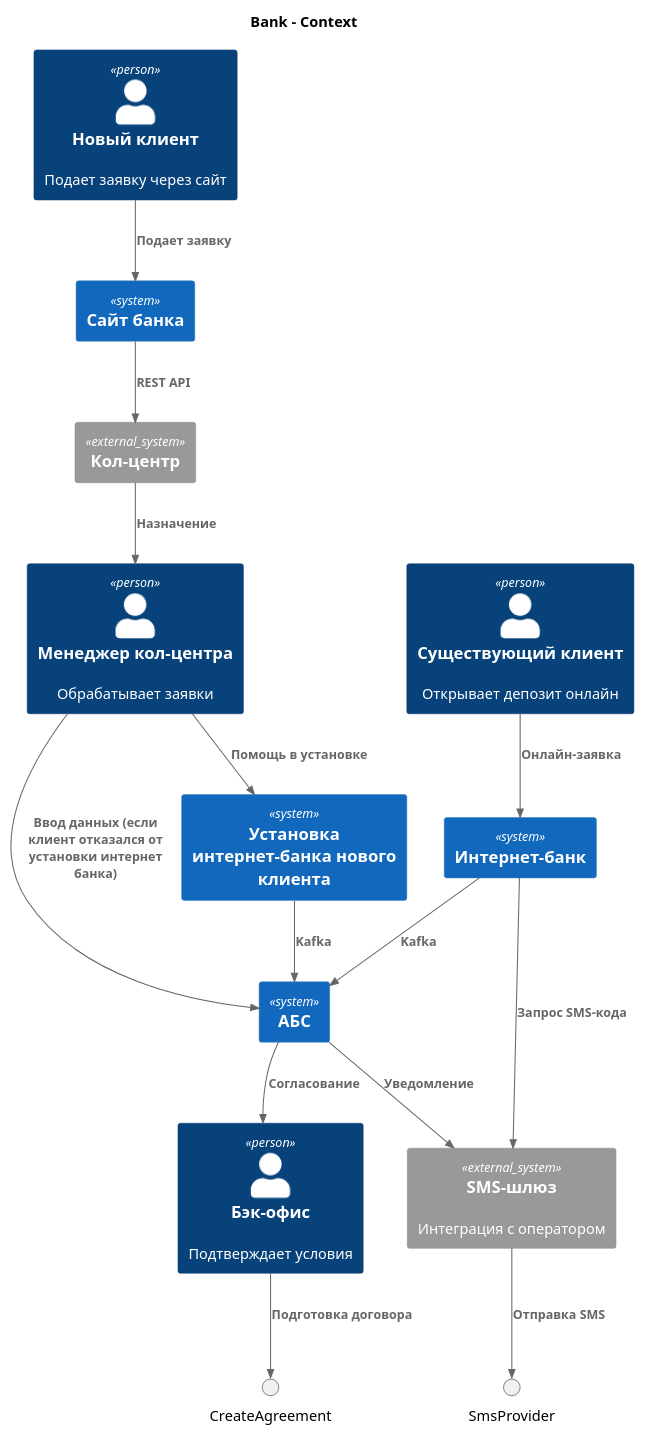
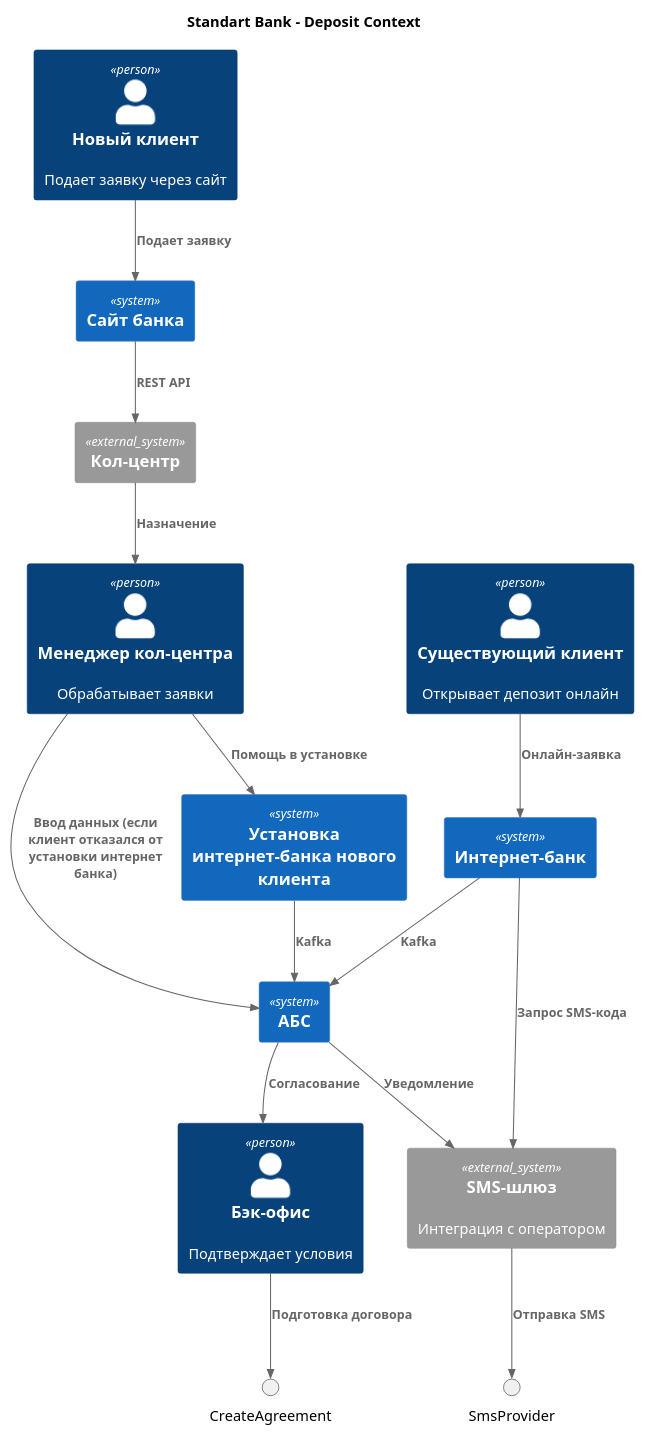
Before and after one commit to andrey5553/architecture-pro-standart: the diagram in Task3/Context.puml, drawn with PlantUML. The commit also changed 7 other files, not shown here.

```diff
--- a/Task3/Context.puml
+++ b/Task3/Context.puml
@@ -1,37 +1,37 @@
 @startuml C4_Context_Diagram
 set separator none
-title Bank - Context
+title Standart Bank - Deposit Context
 
 top to bottom direction
 
 !include <C4/C4_Container>
 
 Person(NewClient, "Новый клиент", "Подает заявку через сайт")
 Person(ExistingClient, "Существующий клиент", "Открывает депозит онлайн")
 Person(CallCenterAgent, "Менеджер кол-центра", "Обрабатывает заявки")
 Person(BackOffice, "Бэк-офис", "Подтверждает условия")
 
 System(Website, "Сайт банка", "")
 System(InternetBank, "Интернет-банк", "")
 System(abs, "АБС", "")
 System(InstallInternetBank, "Установка интернет-банка нового клиента", "")
 System_Ext(CallCenter, "Кол-центр", "")
 System_Ext(smsGateway, "SMS-шлюз", "Интеграция с оператором")
 
 Rel(NewClient, Website, "Подает заявку")
 Rel(Website, CallCenter, "REST API")
 Rel(CallCenter, CallCenterAgent, "Назначение")
 Rel(CallCenterAgent, abs, "Ввод данных (если клиент отказался от установки интернет банка)")
 Rel(CallCenterAgent, InstallInternetBank, "Помощь в установке")
 Rel(InstallInternetBank, abs, "Kafka")
 
 Rel(ExistingClient, InternetBank, "Онлайн-заявка")
 Rel(InternetBank, abs, "Kafka")
 Rel(InternetBank, smsGateway, "Запрос SMS-кода")
 Rel(smsGateway, SmsProvider, "Отправка SMS")
 
 Rel(abs, BackOffice, "Согласование")
 Rel(abs, smsGateway, "Уведомление")
 
 Rel(BackOffice, CreateAgreement, "Подготовка договора")
 @enduml
```
